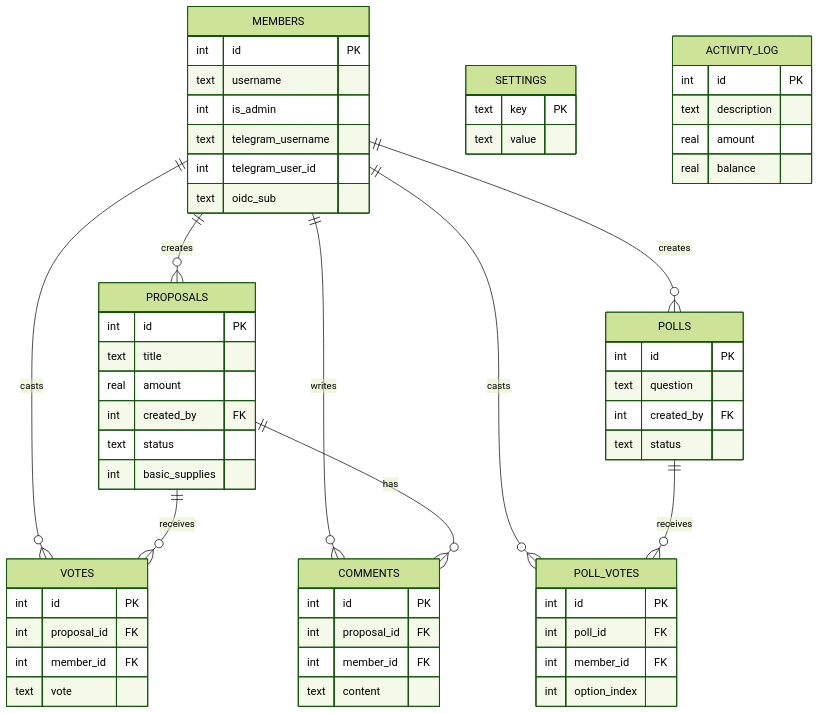
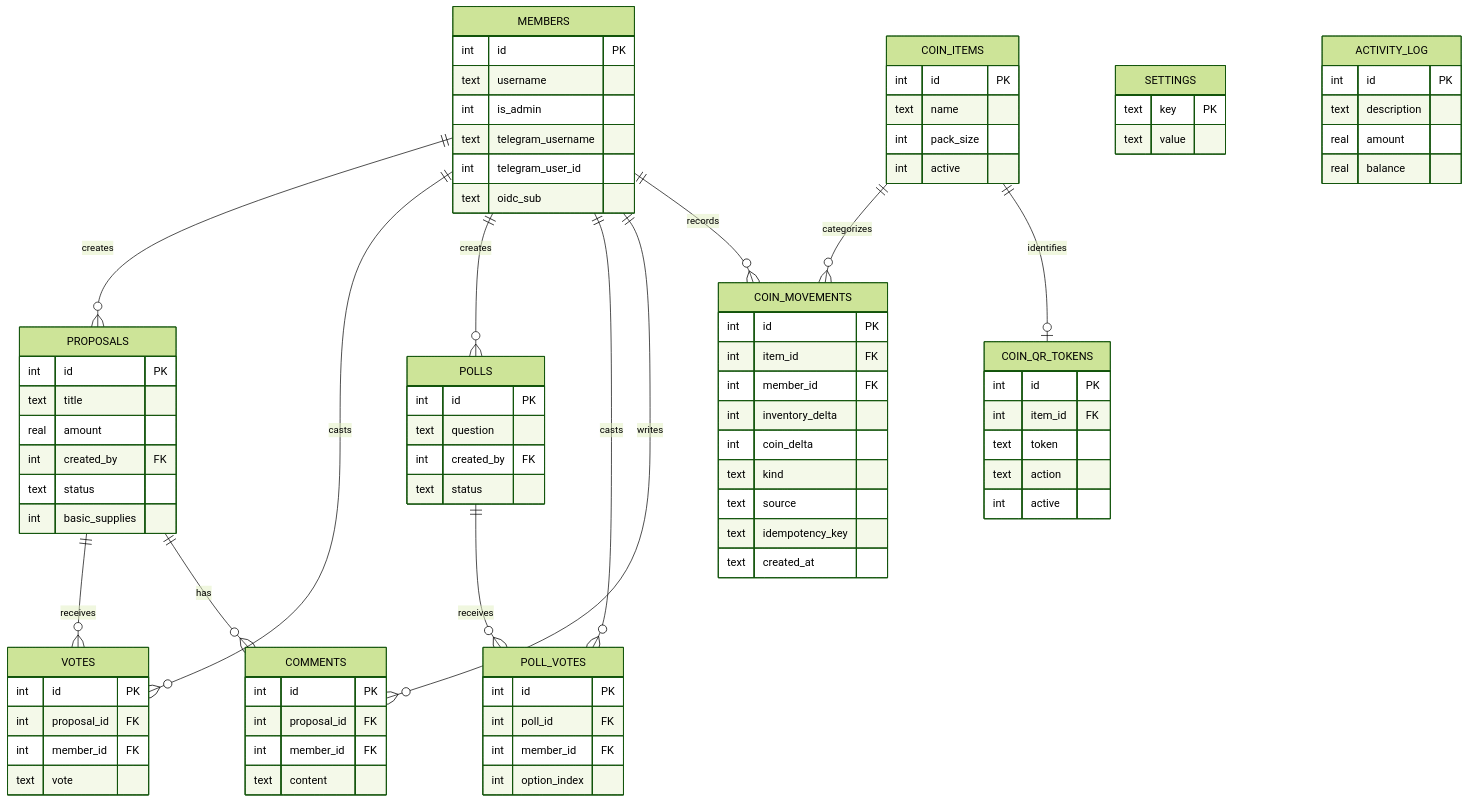
The eighth of 8 diagrams in docs/DIAGRAMS.md (makespacemadrid/manavote), drawn with Mermaid (forest theme) before and after one commit. The commit also changed other lines of this file and 17 other files, not shown here.

```diff
--- a/docs/DIAGRAMS.md
+++ b/docs/DIAGRAMS.md
@@ -211,9 +241,12 @@
     MEMBERS ||--o{ POLLS : creates
     MEMBERS ||--o{ POLL_VOTES : casts
     MEMBERS ||--o{ COMMENTS : writes
+    MEMBERS ||--o{ COIN_MOVEMENTS : records
     PROPOSALS ||--o{ VOTES : receives
     PROPOSALS ||--o{ COMMENTS : has
     POLLS ||--o{ POLL_VOTES : receives
+    COIN_ITEMS ||--o{ COIN_MOVEMENTS : categorizes
+    COIN_ITEMS ||--o| COIN_QR_TOKENS : identifies
 
     MEMBERS {
         int id PK
@@ -255,6 +288,30 @@
         int member_id FK
         text content
     }
+    COIN_ITEMS {
+        int id PK
+        text name
+        int pack_size
+        int active
+    }
+    COIN_MOVEMENTS {
+        int id PK
+        int item_id FK
+        int member_id FK
+        int inventory_delta
+        int coin_delta
+        text kind
+        text source
+        text idempotency_key
+        text created_at
+    }
+    COIN_QR_TOKENS {
+        int id PK
+        int item_id FK
+        text token
+        text action
+        int active
+    }
     SETTINGS {
         text key PK
         text value
```
